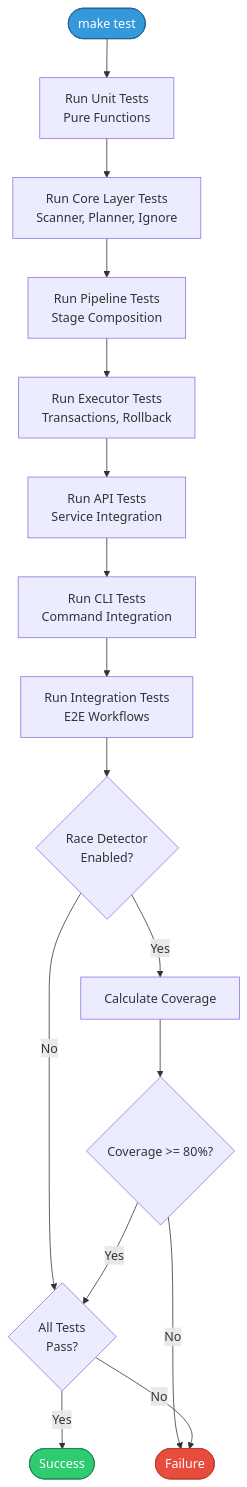
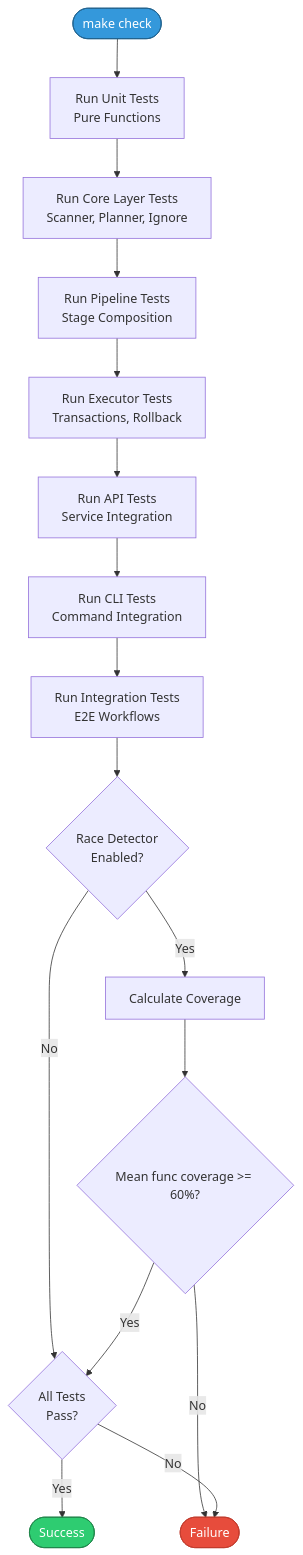
Diagram 11 of 12 in docs/developer/testing.md (jamesainslie/dot), drawn with Mermaid before and after one commit. The commit also changed other lines of this file and 59 other files, not shown here.

````diff
--- a/docs/developer/testing.md
+++ b/docs/developer/testing.md
@@ -711,44 +736,44 @@
 ```mermaid
 graph TB
-    Start([make test])
+    Start([make check])
     
     UnitTests[Run Unit Tests<br/>Pure Functions]
     CoreTests[Run Core Layer Tests<br/>Scanner, Planner, Ignore]
     PipelineTests[Run Pipeline Tests<br/>Stage Composition]
     ExecutorTests[Run Executor Tests<br/>Transactions, Rollback]
     APITests[Run API Tests<br/>Service Integration]
     CLITests[Run CLI Tests<br/>Command Integration]
     IntegrationTests[Run Integration Tests<br/>E2E Workflows]
     
     RaceDetector{Race Detector<br/>Enabled?}
     CoverageCalc[Calculate Coverage]
-    CoverageCheck{Coverage >= 80%?}
+    CoverageCheck{Mean func coverage >= 60%?}
     
     AllPass{All Tests<br/>Pass?}
     
     Success([Success])
     Failure([Failure])
     
     Start --> UnitTests
     UnitTests --> CoreTests
     CoreTests --> PipelineTests
     PipelineTests --> ExecutorTests
     ExecutorTests --> APITests
     APITests --> CLITests
     CLITests --> IntegrationTests
     
     IntegrationTests --> RaceDetector
     RaceDetector -->|Yes| CoverageCalc
     RaceDetector -->|No| AllPass
     
     CoverageCalc --> CoverageCheck
     CoverageCheck -->|Yes| AllPass
     CoverageCheck -->|No| Failure
     
     AllPass -->|Yes| Success
     AllPass -->|No| Failure
     
     style Start fill:#3498DB,stroke:#1F618D,color:#fff
     style Success fill:#2ECC71,stroke:#1E8449,color:#fff
     style Failure fill:#E74C3C,stroke:#C0392B,color:#fff
 ```
````
